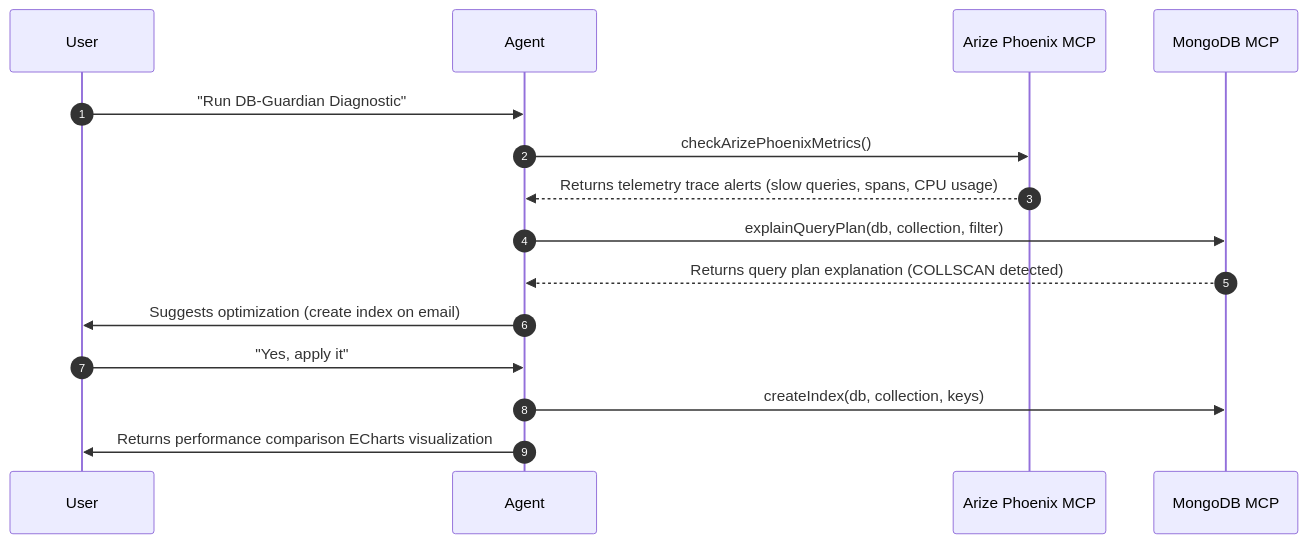
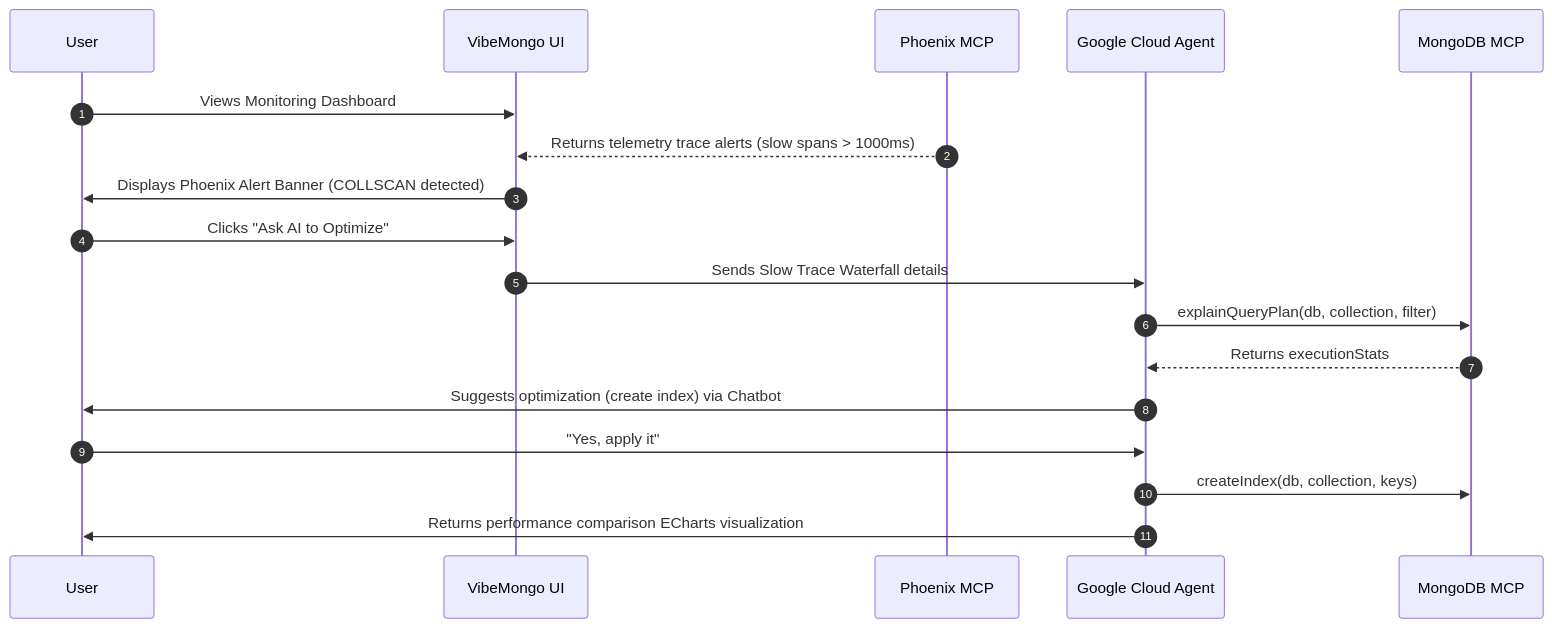
One commit to agrhub/vibe-mongo-admin changed the diagram in docs/DB_GUARDIAN.md. Above: the diagram before and after it, drawn with Mermaid. The commit also changed other lines of this file and 74 other files, not shown here.

Commit message:
Update Phoenix trace and monitoring dashboard

````diff
--- a/docs/DB_GUARDIAN.md
+++ b/docs/DB_GUARDIAN.md
@@ -7,13 +7,15 @@
 ```mermaid
 sequenceDiagram
     autonumber
-    User->>Agent: "Run DB-Guardian Diagnostic"
-    Agent->>Arize Phoenix MCP: checkArizePhoenixMetrics()
-    Arize Phoenix MCP-->>Agent: Returns telemetry trace alerts (slow queries, spans, CPU usage)
-    Agent->>MongoDB MCP: explainQueryPlan(db, collection, filter)
-    MongoDB MCP-->>Agent: Returns query plan explanation (COLLSCAN detected)
-    Agent->>User: Suggests optimization (create index on email)
-    User->>Agent: "Yes, apply it"
-    Agent->>MongoDB MCP: createIndex(db, collection, keys)
-    Agent->>User: Returns performance comparison ECharts visualization
+    User->>VibeMongo UI: Views Monitoring Dashboard
+    Phoenix MCP-->>VibeMongo UI: Returns telemetry trace alerts (slow spans > 1000ms)
+    VibeMongo UI->>User: Displays Phoenix Alert Banner (COLLSCAN detected)
+    User->>VibeMongo UI: Clicks "Ask AI to Optimize"
+    VibeMongo UI->>Google Cloud Agent: Sends Slow Trace Waterfall details
+    Google Cloud Agent->>MongoDB MCP: explainQueryPlan(db, collection, filter)
+    MongoDB MCP-->>Google Cloud Agent: Returns executionStats
+    Google Cloud Agent->>User: Suggests optimization (create index) via Chatbot
+    User->>Google Cloud Agent: "Yes, apply it"
+    Google Cloud Agent->>MongoDB MCP: createIndex(db, collection, keys)
+    Google Cloud Agent->>User: Returns performance comparison ECharts visualization
 ```
````
